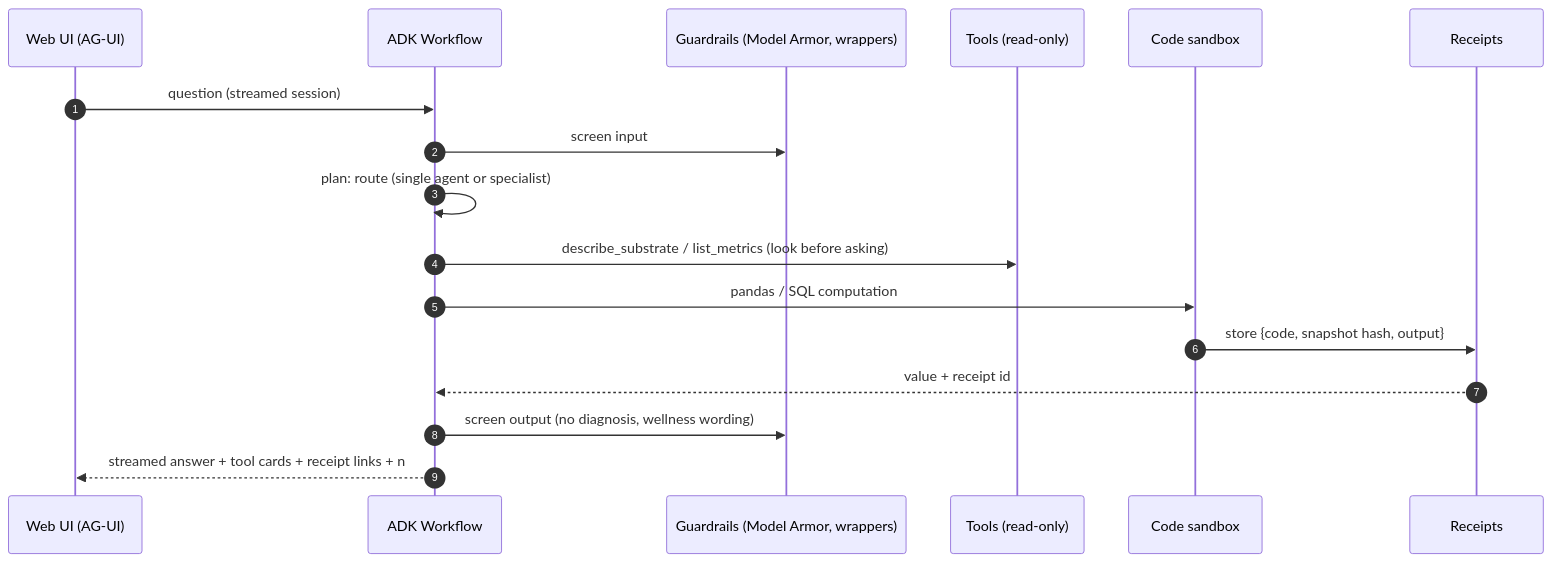
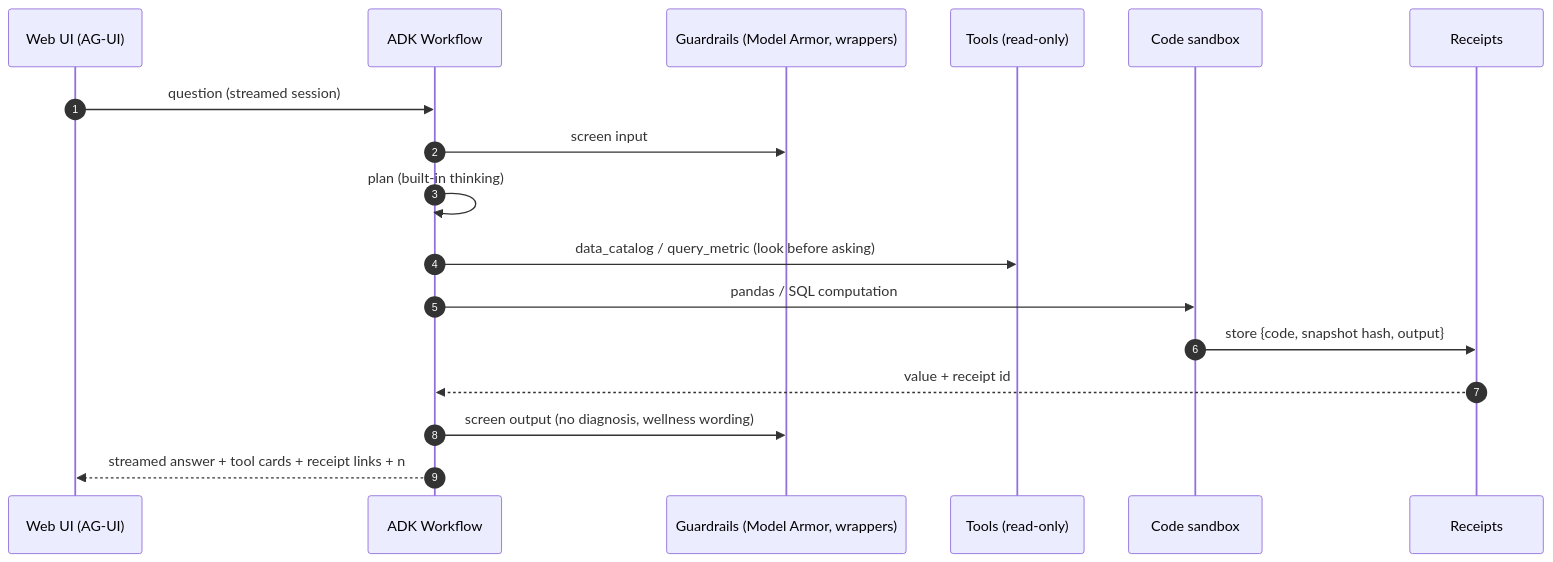
The fifth of 6 diagrams in docs/architecture.md (kb2326/calibrated-health-agent), drawn with Mermaid before and after one commit. The commit also changed other lines of this file and 3 other files, not shown here.

First line of the commit message:
docs: portfolio README with architecture diagrams; docs reflect the Phase 4.5 agent

````diff
--- a/docs/architecture.md
+++ b/docs/architecture.md
@@ -331,19 +331,19 @@
 ```mermaid
 sequenceDiagram
   autonumber
   participant U as Web UI (AG-UI)
   participant A as ADK Workflow
   participant G as Guardrails (Model Armor, wrappers)
   participant T as Tools (read-only)
   participant X as Code sandbox
   participant R as Receipts
   U->>A: question (streamed session)
   A->>G: screen input
-  A->>A: plan: route (single agent or specialist)
-  A->>T: describe_substrate / list_metrics (look before asking)
+  A->>A: plan (built-in thinking)
+  A->>T: data_catalog / query_metric (look before asking)
   A->>X: pandas / SQL computation
   X->>R: store {code, snapshot hash, output}
   R-->>A: value + receipt id
   A->>G: screen output (no diagnosis, wellness wording)
   A-->>U: streamed answer + tool cards + receipt links + n
 ```
````
